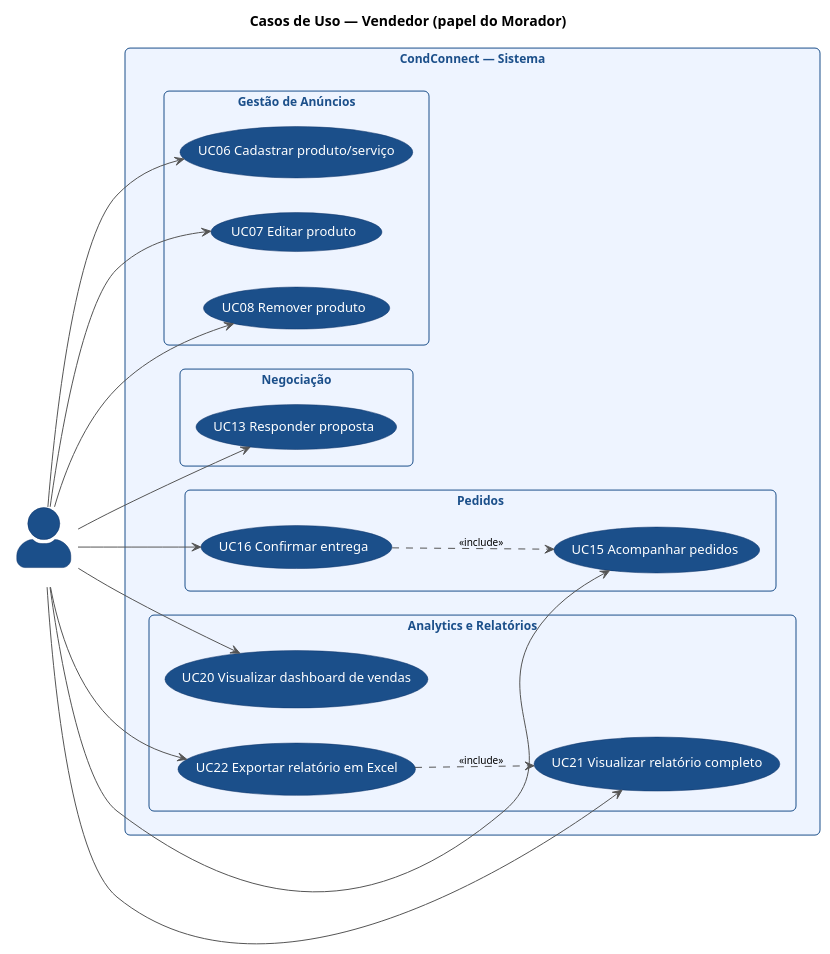
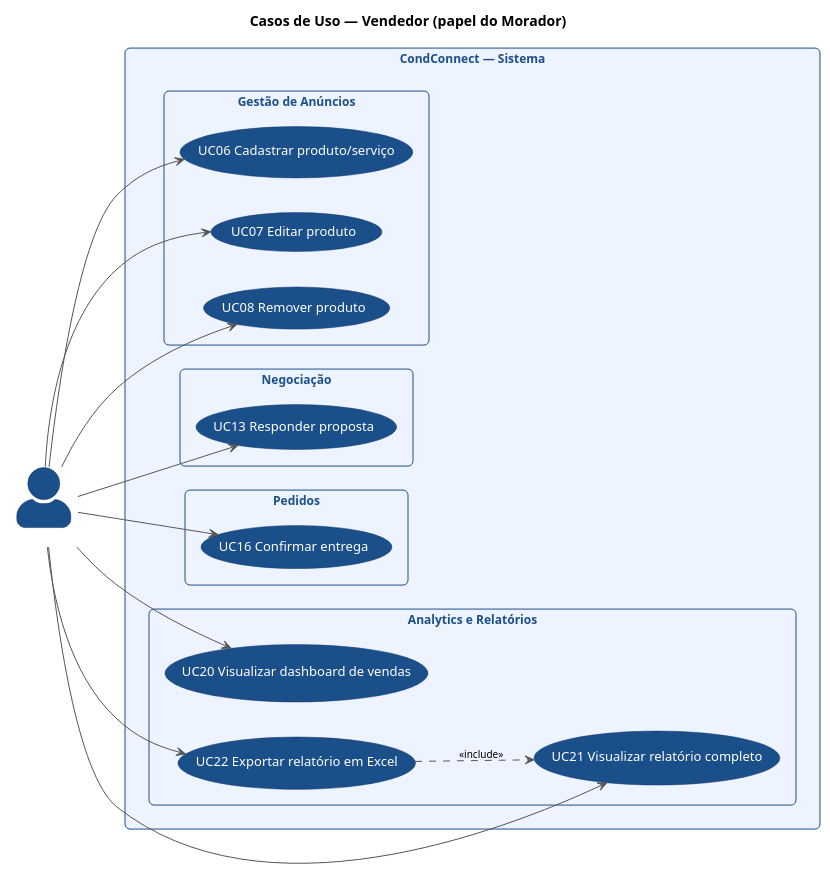
The diagram in docs/uc_vendedor.puml (TCC-CAS/tcc-2025-1-e-2-condconnect), drawn with PlantUML before and after one commit. The commit also changed 1 other file, not shown here.

Commit message:
fix: remove UC15 dos diagramas de Comprador e Vendedor - pertence ao Morador

```diff
--- a/docs/uc_vendedor.puml
+++ b/docs/uc_vendedor.puml
@@ -1,74 +1,71 @@
 @startuml UC_Vendedor
 
 left to right direction
 skinparam actorStyle awesome
 skinparam backgroundColor #FFFFFF
 skinparam defaultFontName Arial
 
 skinparam usecase {
     BackgroundColor #1B4F8A
     FontColor white
     BorderColor #0D3369
     FontSize 13
     Padding 12
 }
 skinparam actor {
     BackgroundColor #1B4F8A
     FontColor white
     BorderColor #0D3369
     FontSize 14
     FontStyle bold
 }
 skinparam rectangle {
     BackgroundColor #EEF4FF
     BorderColor #1B4F8A
     FontColor #1B4F8A
     FontSize 12
     FontStyle bold
     RoundCorner 10
 }
 skinparam ArrowColor #555555
 skinparam ArrowFontSize 10
 
 title Casos de Uso — Vendedor (papel do Morador)
 
 actor "Vendedor" as V
 
 rectangle "CondConnect — Sistema" {
 
     rectangle "Gestão de Anúncios" {
         (UC06 Cadastrar produto/serviço) as UC06
         (UC07 Editar produto) as UC07
         (UC08 Remover produto) as UC08
     }
 
     rectangle "Negociação" {
         (UC13 Responder proposta) as UC13
     }
 
     rectangle "Pedidos" {
-        (UC15 Acompanhar pedidos) as UC15
         (UC16 Confirmar entrega) as UC16
     }
 
     rectangle "Analytics e Relatórios" {
         (UC20 Visualizar dashboard de vendas) as UC20
         (UC21 Visualizar relatório completo) as UC21
         (UC22 Exportar relatório em Excel) as UC22
     }
 }
 
 V --> UC06
 V --> UC07
 V --> UC08
 V --> UC13
-V --> UC15
 V --> UC16
 V --> UC20
 V --> UC21
 V --> UC22
 
-UC16 ..> UC15 : <<include>>
 UC22 ..> UC21 : <<include>>
 
 @enduml
```
